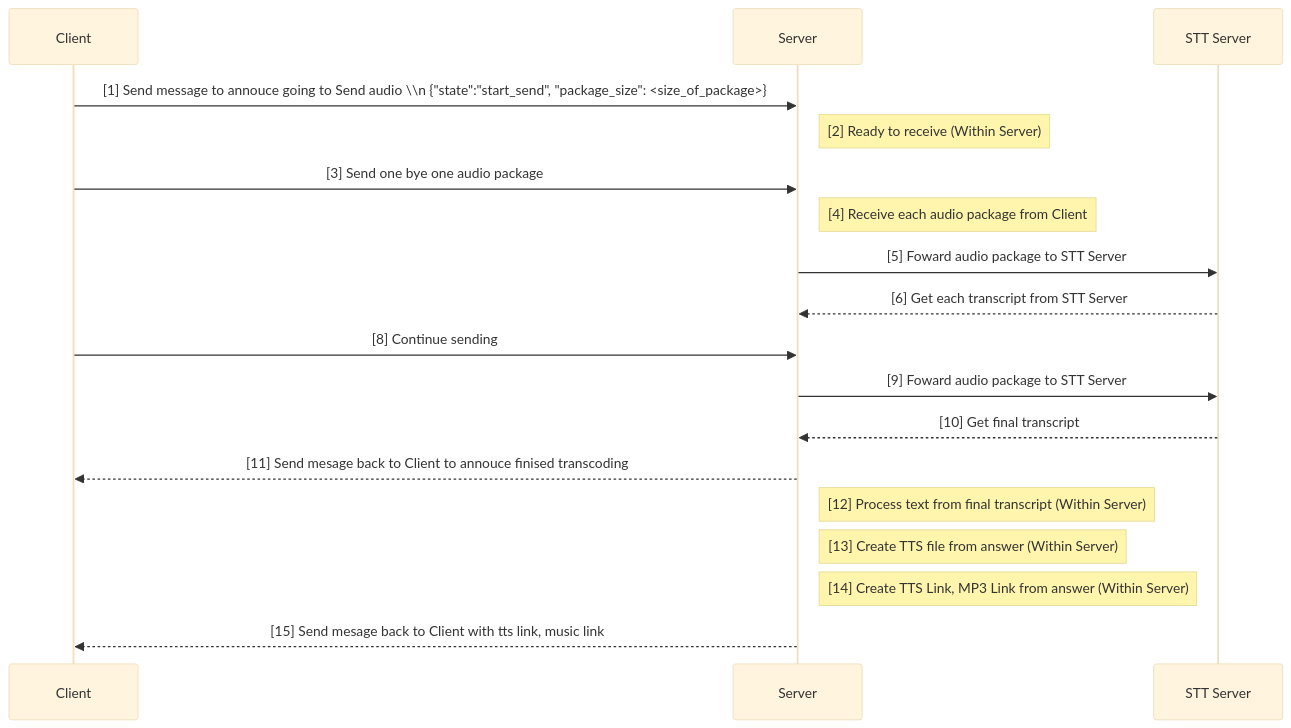
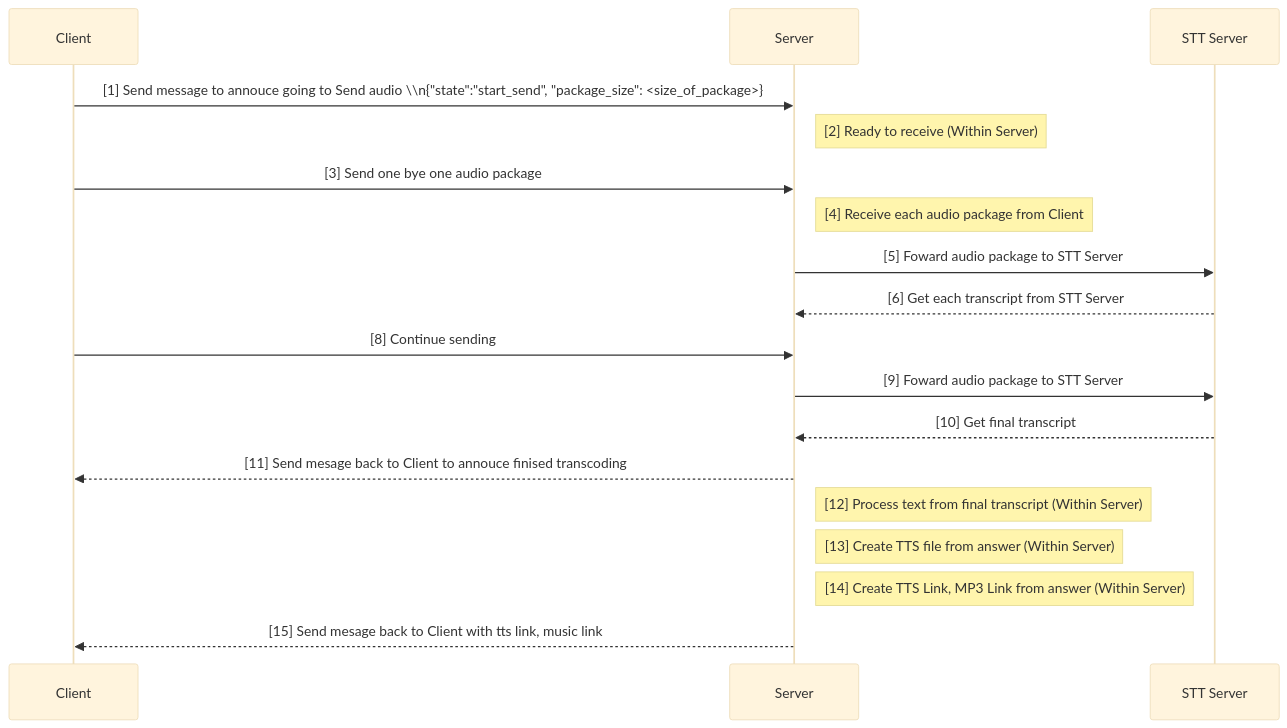
The diagram in README.md (phanmemkhoinghiep/vietbot_server), drawn with Mermaid (base theme) before and after one commit.

````diff
--- a/README.md
+++ b/README.md
@@ -3,24 +3,24 @@
 ```mermaid
 sequenceDiagram
     participant Client
     participant Server
     participant STTServer as STT Server
-    Client->>Server: [1] Send message to annouce going to Send audio \\n {"state":"start_send", "package_size": <size_of_package>}
+    Client->>Server: [1] Send message to annouce going to Send audio \\n{"state":"start_send", "package_size": <size_of_package>}
     Note right of Server: [2] Ready to receive (Within Server)
     Client->>Server: [3] Send one bye one audio package
     Note right of Server: [4] Receive each audio package from Client
     Server->>STTServer: [5] Foward audio package to STT Server
 
     STTServer-->>Server: [6] Get each transcript from STT Server
 
     Client->>Server: [8] Continue sending
     Server->>STTServer: [9] Foward audio package to STT Server
 
     STTServer-->>Server: [10] Get final transcript
     Server-->>Client: [11] Send mesage back to Client to annouce finised transcoding
     Note right of Server: [12] Process text from final transcript (Within Server)
     Note right of Server: [13] Create TTS file from answer (Within Server)
     Note right of Server: [14] Create TTS Link, MP3 Link from answer (Within Server)
 
     Server-->>Client: [15] Send mesage back to Client with tts link, music link
 ```
````
